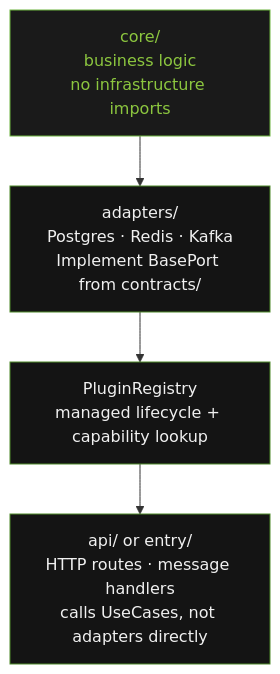
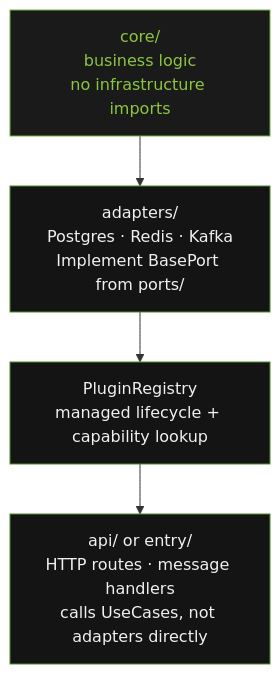
Before and after one commit to Furious-Meteors/openframe-core: the diagram in docs/developer-guide/how-it-works.md, drawn with Mermaid. The commit also changed other lines of this file and 59 other files, not shown here.

Commit message:
Merge openframe.core.contracts into openframe.core.ports and split outbound protocols into ports/outbound/ (v3.1.0)

````diff
--- a/docs/developer-guide/how-it-works.md
+++ b/docs/developer-guide/how-it-works.md
@@ -11,16 +11,16 @@
 ```mermaid
 flowchart TD
     CORE["core/\nbusiness logic\nno infrastructure imports"]
-    ADAPTER["adapters/\nPostgres · Redis · Kafka\nImplement BasePort from contracts/"]
+    ADAPTER["adapters/\nPostgres · Redis · Kafka\nImplement BasePort from ports/"]
     REGISTRY["PluginRegistry\nmanaged lifecycle + capability lookup"]
     ROUTES["api/ or entry/\nHTTP routes · message handlers\ncalls UseCases, not adapters directly"]
 
     CORE --> ADAPTER
     ADAPTER --> REGISTRY
     REGISTRY --> ROUTES
 
     style CORE fill:#1a1a1a,color:#8CC63F,stroke:#6DB33F
     style ADAPTER fill:#141414,color:#F0F0F0,stroke:#4E8A2A
     style REGISTRY fill:#141414,color:#F0F0F0,stroke:#4E8A2A
     style ROUTES fill:#141414,color:#F0F0F0,stroke:#4E8A2A
 ```
````
